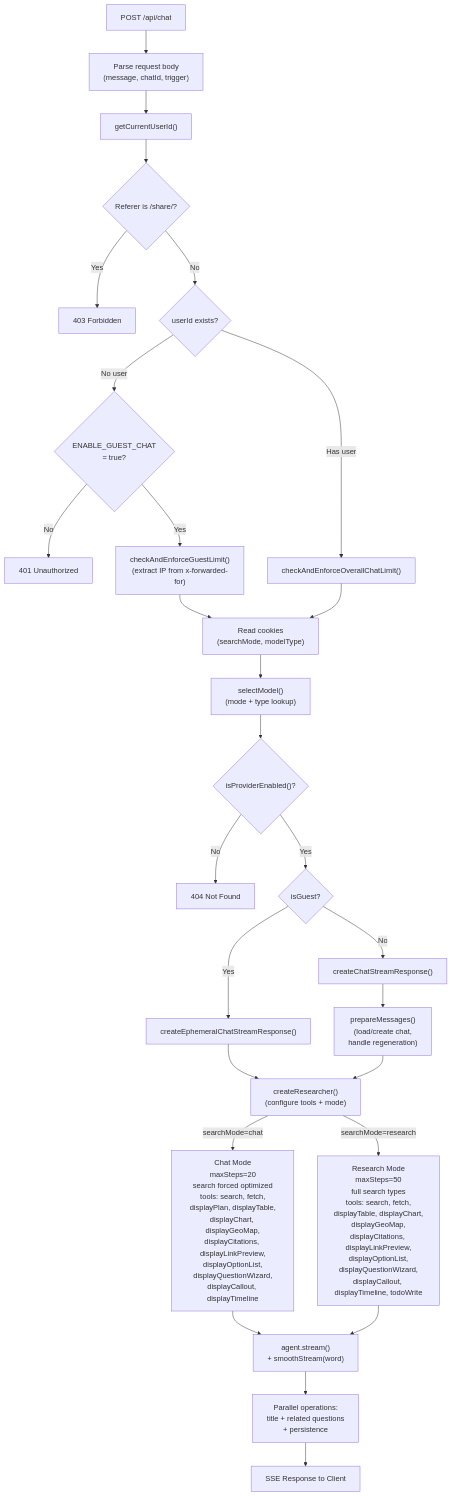
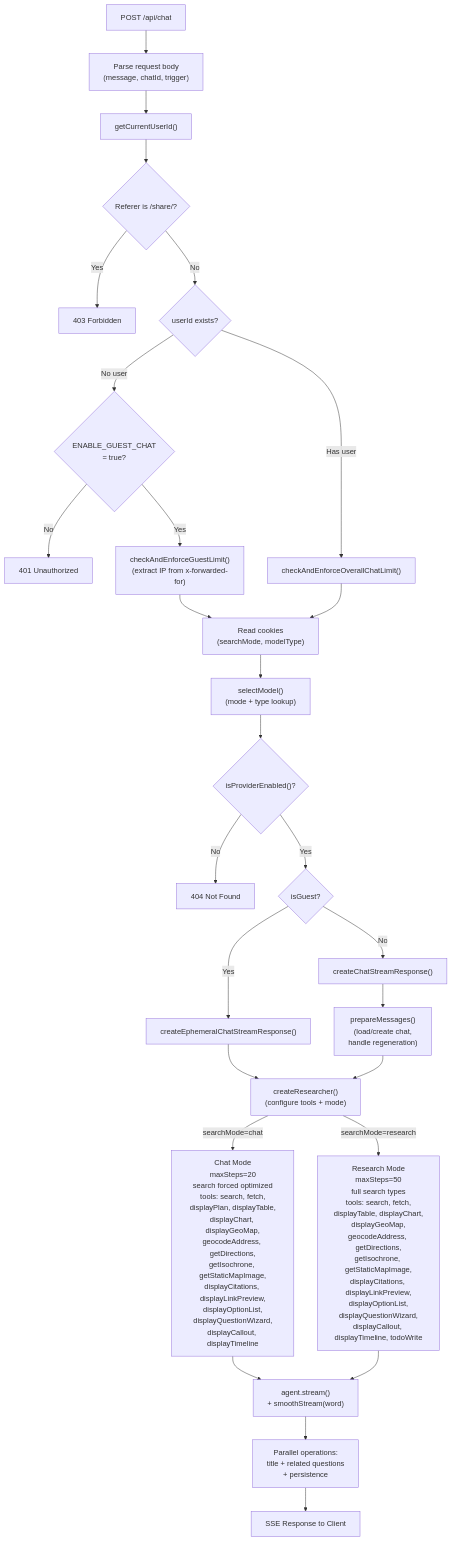
The second of 10 diagrams in docs/architecture/OVERVIEW.md (NickB03/polymorph), drawn with Mermaid before and after one commit. The commit also changed other lines of this file and 12 other files, not shown here.

Commit message:
docs: refresh architecture and feature references

````diff
--- a/docs/architecture/OVERVIEW.md
+++ b/docs/architecture/OVERVIEW.md
@@ -100,49 +102,49 @@
 ```mermaid
 flowchart TD
     POST["POST /api/chat"]
     Parse["Parse request body<br/>(message, chatId, trigger)"]
     Auth["getCurrentUserId()"]
     ShareCheck{"Referer is /share/?"}
     GuestCheck{"userId exists?"}
     GuestEnabled{"ENABLE_GUEST_CHAT<br/>= true?"}
     GuestLimit["checkAndEnforceGuestLimit()<br/>(extract IP from x-forwarded-for)"]
     OverallLimit["checkAndEnforceOverallChatLimit()"]
     Cookies["Read cookies<br/>(searchMode, modelType)"]
     SelectModel["selectModel()<br/>(mode + type lookup)"]
     ProviderCheck{"isProviderEnabled()?"}
     StreamBranch{"isGuest?"}
     EphemeralStream["createEphemeralChatStreamResponse()"]
     AuthStream["createChatStreamResponse()"]
     PrepareMsg["prepareMessages()<br/>(load/create chat,<br/>handle regeneration)"]
     CreateAgent["createResearcher()<br/>(configure tools + mode)"]
-    ChatMode["Chat Mode<br/>maxSteps=20<br/>search forced optimized<br/>tools: search, fetch,<br/>displayPlan, displayTable,<br/>displayChart, displayGeoMap,<br/>displayCitations, displayLinkPreview,<br/>displayOptionList,<br/>displayQuestionWizard,<br/>displayCallout, displayTimeline"]
-    ResearchMode["Research Mode<br/>maxSteps=50<br/>full search types<br/>tools: search, fetch,<br/>displayTable, displayChart,<br/>displayGeoMap,<br/>displayCitations, displayLinkPreview,<br/>displayOptionList,<br/>displayQuestionWizard,<br/>displayCallout, displayTimeline, todoWrite"]
+    ChatMode["Chat Mode<br/>maxSteps=20<br/>search forced optimized<br/>tools: search, fetch,<br/>displayPlan, displayTable,<br/>displayChart, displayGeoMap,<br/>geocodeAddress, getDirections,<br/>getIsochrone, getStaticMapImage,<br/>displayCitations, displayLinkPreview,<br/>displayOptionList,<br/>displayQuestionWizard,<br/>displayCallout, displayTimeline"]
+    ResearchMode["Research Mode<br/>maxSteps=50<br/>full search types<br/>tools: search, fetch,<br/>displayTable, displayChart,<br/>displayGeoMap,<br/>geocodeAddress, getDirections,<br/>getIsochrone, getStaticMapImage,<br/>displayCitations, displayLinkPreview,<br/>displayOptionList,<br/>displayQuestionWizard,<br/>displayCallout, displayTimeline, todoWrite"]
     AgentStream["agent.stream()<br/>+ smoothStream(word)"]
     Parallel["Parallel operations:<br/>title + related questions<br/>+ persistence"]
     SSE["SSE Response to Client"]
 
     POST --> Parse --> Auth
     Auth --> ShareCheck
     ShareCheck -->|Yes| ForbidShare["403 Forbidden"]
     ShareCheck -->|No| GuestCheck
     GuestCheck -->|No user| GuestEnabled
     GuestEnabled -->|No| Unauth["401 Unauthorized"]
     GuestEnabled -->|Yes| GuestLimit
     GuestLimit --> Cookies
     GuestCheck -->|Has user| OverallLimit
     OverallLimit --> Cookies
     Cookies --> SelectModel
     SelectModel --> ProviderCheck
     ProviderCheck -->|No| ProviderErr["404 Not Found"]
     ProviderCheck -->|Yes| StreamBranch
     StreamBranch -->|Yes| EphemeralStream
     StreamBranch -->|No| AuthStream
     AuthStream --> PrepareMsg
     EphemeralStream --> CreateAgent
     PrepareMsg --> CreateAgent
     CreateAgent -->|searchMode=chat| ChatMode
     CreateAgent -->|searchMode=research| ResearchMode
     ChatMode --> AgentStream
     ResearchMode --> AgentStream
     AgentStream --> Parallel --> SSE
 ```
````
